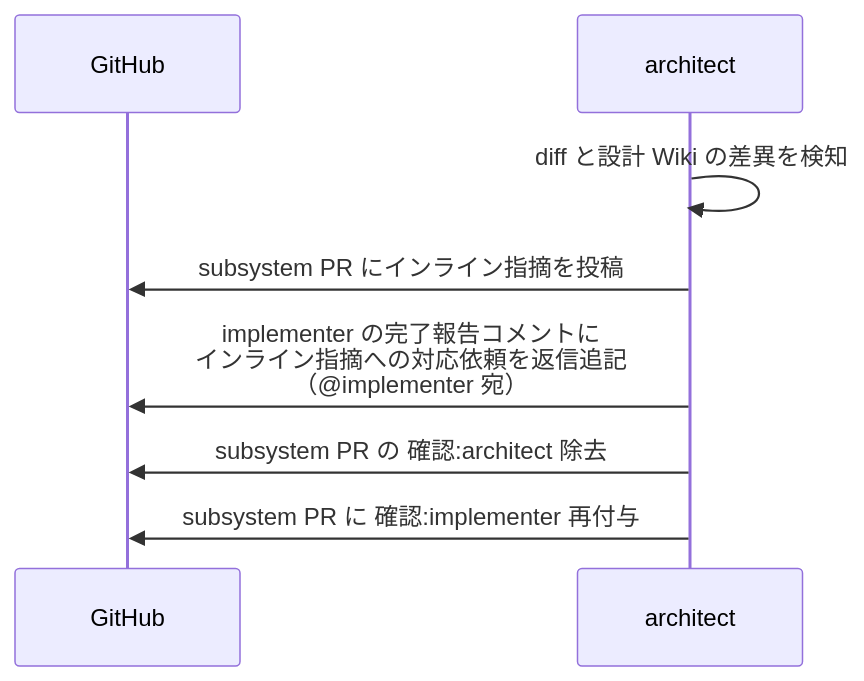
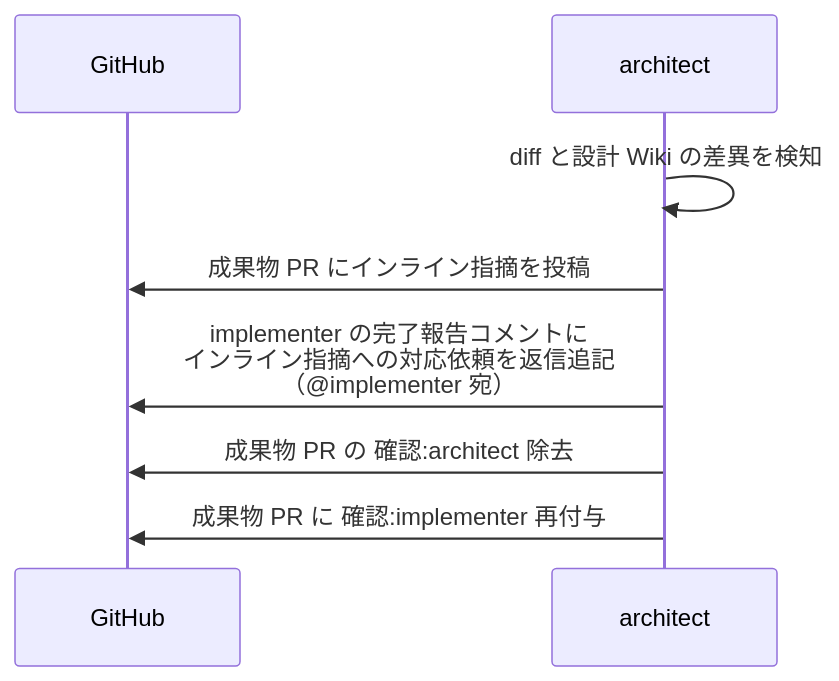
One commit to shuhei1101/ai-monitor changed the fifth of 5 diagrams in docs/wiki/設計図/シナリオ/単一ユースケース/実装レビュー.md. Above: the diagram before and after it, drawn with Mermaid. The commit also changed other lines of this file and 256 other files, not shown here.

````diff
--- a/docs/wiki/設計図/シナリオ/単一ユースケース/実装レビュー.md
+++ b/docs/wiki/設計図/シナリオ/単一ユースケース/実装レビュー.md
@@ -186,11 +187,11 @@
 ```mermaid
 sequenceDiagram
   participant GH as GitHub
   participant MON as architect
 
   MON->>MON: diff と設計 Wiki の差異を検知
-  MON->>GH: subsystem PR にインライン指摘を投稿
+  MON->>GH: 成果物 PR にインライン指摘を投稿
   MON->>GH: implementer の完了報告コメントに<br>インライン指摘への対応依頼を返信追記<br>（@implementer 宛）
-  MON->>GH: subsystem PR の 確認:architect 除去
-  MON->>GH: subsystem PR に 確認:implementer 再付与
+  MON->>GH: 成果物 PR の 確認:architect 除去
+  MON->>GH: 成果物 PR に 確認:implementer 再付与
 ```
````
